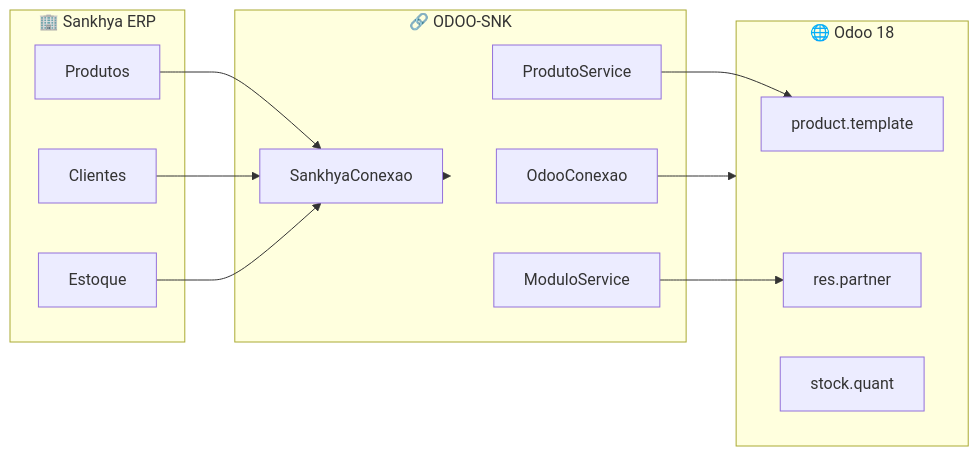
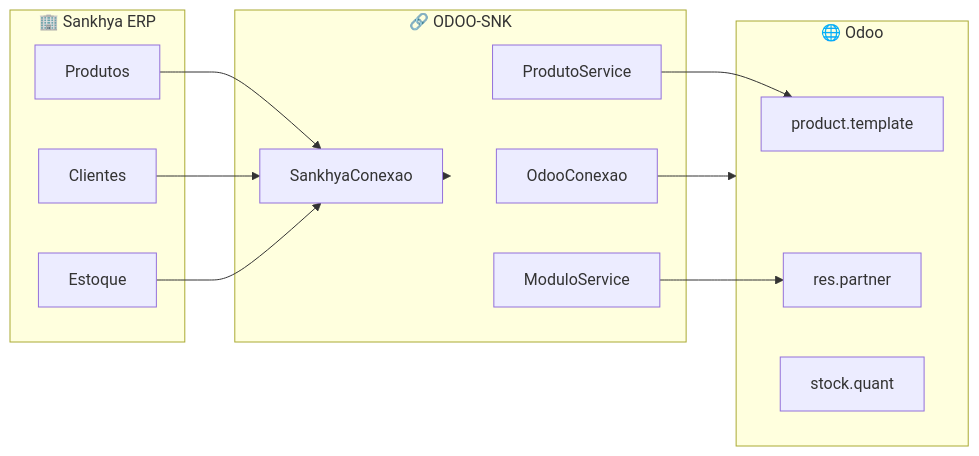
Before and after one commit to ssmvictor/ODOO-SNK: the first of 2 diagrams in README.md, drawn with Mermaid. The commit also changed other lines of this file and 4 other files, not shown here.

````diff
--- a/README.md
+++ b/README.md
@@ -36,31 +36,31 @@
 ```mermaid
 flowchart LR
     subgraph Sankhya["🏢 Sankhya ERP"]
         SP[Produtos]
         SC[Clientes]
         SE[Estoque]
     end
     
     subgraph Integration["🔗 ODOO-SNK"]
         LS[SankhyaConexao]
         LO[OdooConexao]
         PS[ProdutoService]
         MS[ModuloService]
     end
     
-    subgraph Odoo["🌐 Odoo 18"]
+    subgraph Odoo["🌐 Odoo"]
         OP[product.template]
         OC[res.partner]
         OE[stock.quant]
     end
     
     SP --> LS
     SC --> LS
     SE --> LS
     
     LS --> Integration
     LO --> Odoo
     
     PS --> OP
     MS --> OC
 ```
````
